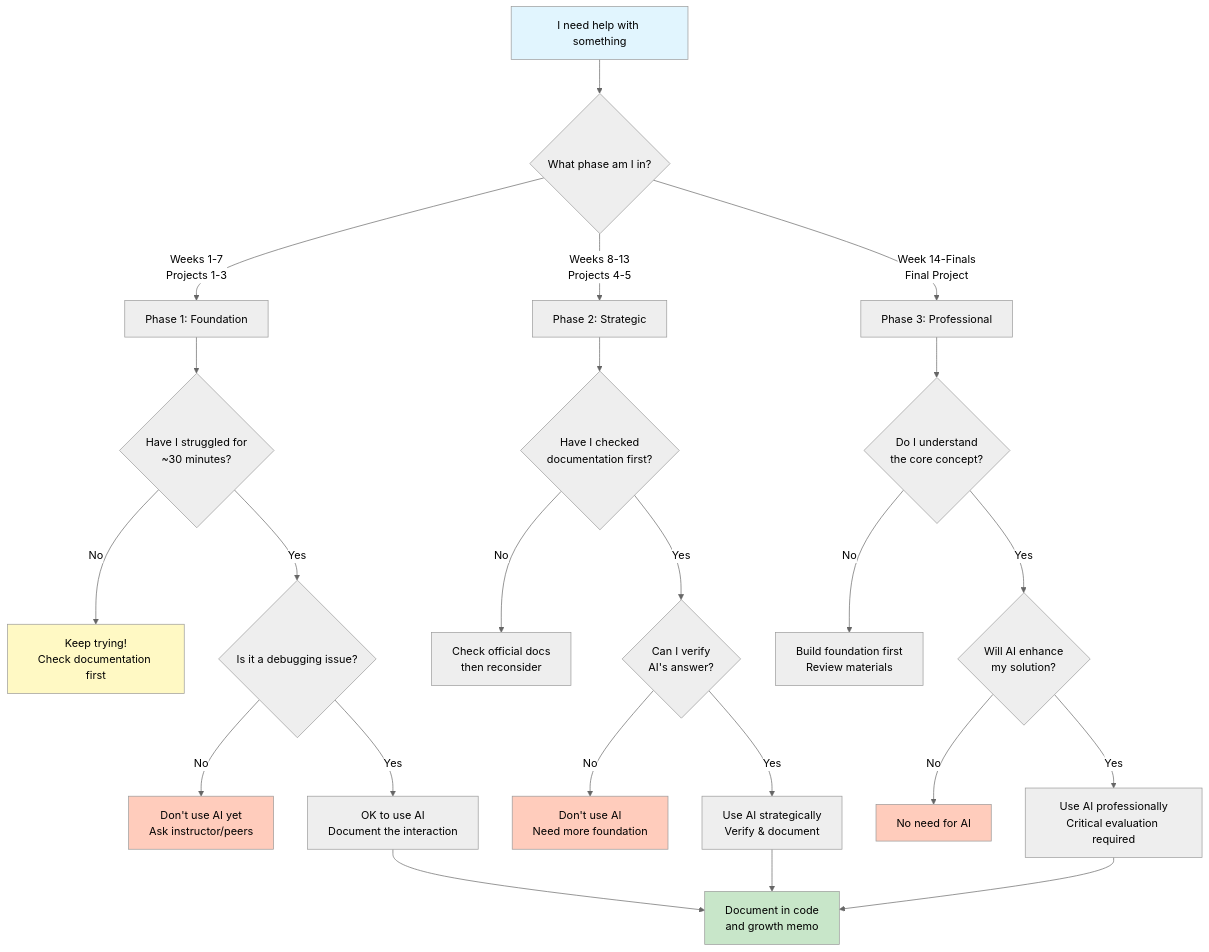
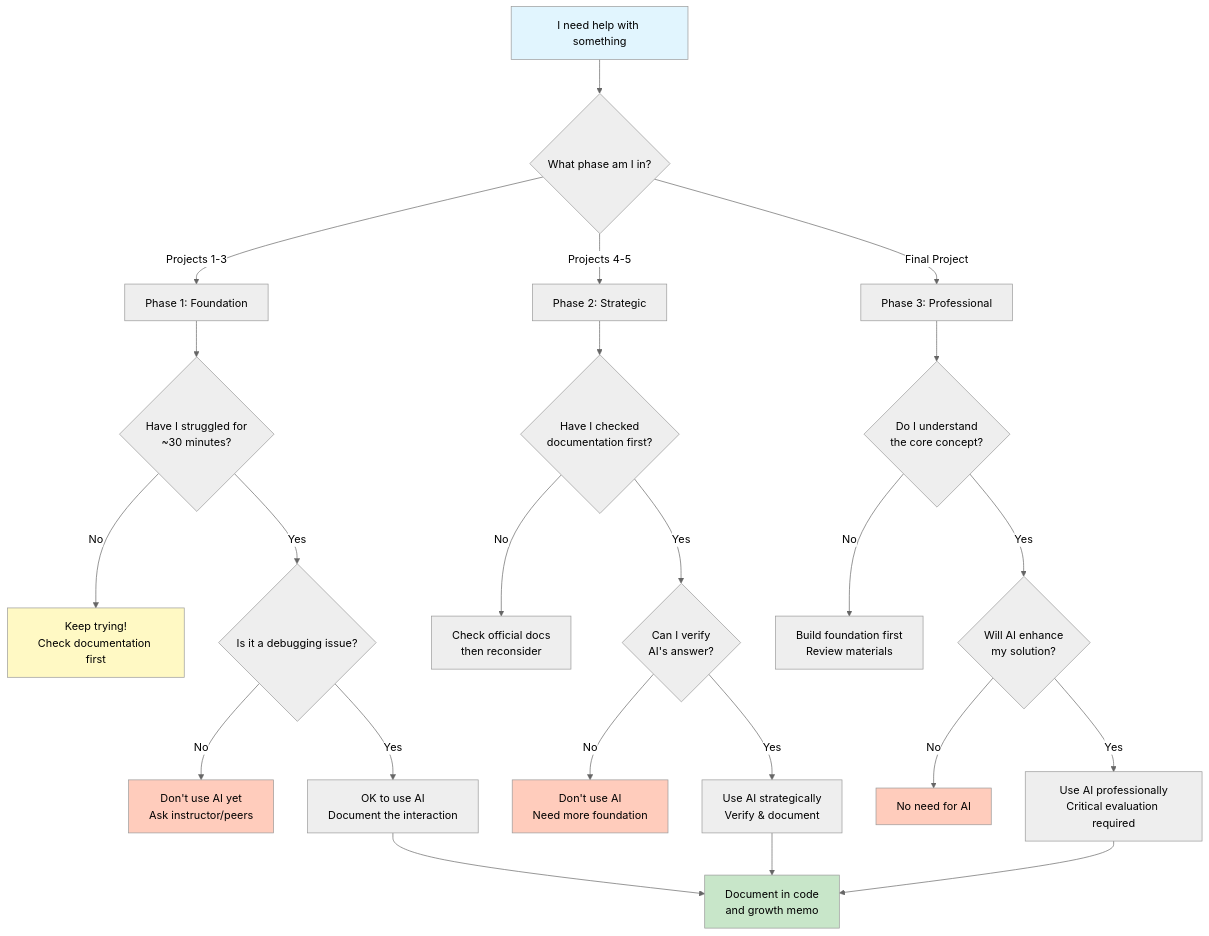
Before and after one commit to astrobytes-edu/astr596-modeling-universe: the diagram in 01-course-info/03-astr596-ai-policy.md, drawn with Mermaid (neutral theme). The commit also changed other lines of this file and 8 other files, not shown here.

````diff
--- a/01-course-info/03-astr596-ai-policy.md
+++ b/01-course-info/03-astr596-ai-policy.md
@@ -138,37 +138,37 @@
 ```mermaid
 flowchart TD
     Start[I need help with something] --> Q1{What phase am I in?}
     
-    Q1 -->|Weeks 1-7<br/>Projects 1-3| Phase1[Phase 1: Foundation]
-    Q1 -->|Weeks 8-13<br/>Projects 4-5| Phase2[Phase 2: Strategic]
-    Q1 -->|Week 14-Finals<br/>Final Project| Phase3[Phase 3: Professional]
+    Q1 -->|Projects 1-3| Phase1[Phase 1: Foundation]
+    Q1 -->|Projects 4-5| Phase2[Phase 2: Strategic]
+    Q1 -->|Final Project| Phase3[Phase 3: Professional]
     
     Phase1 --> P1Q1{"Have I struggled for<br/>~30 minutes?"}
     P1Q1 -->|No| Struggle["Keep trying!<br/>Check documentation first"]
     P1Q1 -->|Yes| P1Q2{Is it a debugging issue?}
     P1Q2 -->|No| NoAI1["Don't use AI yet<br/>Ask instructor/peers"]
     P1Q2 -->|Yes| UseAI1["OK to use AI<br/>Document the interaction"]
     
     Phase2 --> P2Q1{"Have I checked<br/>documentation first?"}
     P2Q1 -->|No| CheckDocs["Check official docs<br/>then reconsider"]
     P2Q1 -->|Yes| P2Q2{"Can I verify<br/>AI's answer?"}
     P2Q2 -->|No| NoAI2["Don't use AI<br/>Need more foundation"]
     P2Q2 -->|Yes| UseAI2["Use AI strategically<br/>Verify & document"]
     
     Phase3 --> P3Q1{"Do I understand<br/>the core concept?"}
     P3Q1 -->|No| Foundation["Build foundation first<br/>Review materials"]
     P3Q1 -->|Yes| P3Q2{"Will AI enhance<br/>my solution?"}
     P3Q2 -->|No| NoNeed[No need for AI]
     P3Q2 -->|Yes| UseAI3["Use AI professionally<br/>Critical evaluation required"]
     
     UseAI1 --> Document["Document in code<br/>and growth memo"]
     UseAI2 --> Document
     UseAI3 --> Document
     
     style Start fill:#e1f5fe
     style Document fill:#c8e6c9
     style Struggle fill:#fff9c4
     style NoAI1 fill:#ffccbc
     style NoAI2 fill:#ffccbc
     style NoNeed fill:#ffccbc
 ```
````
